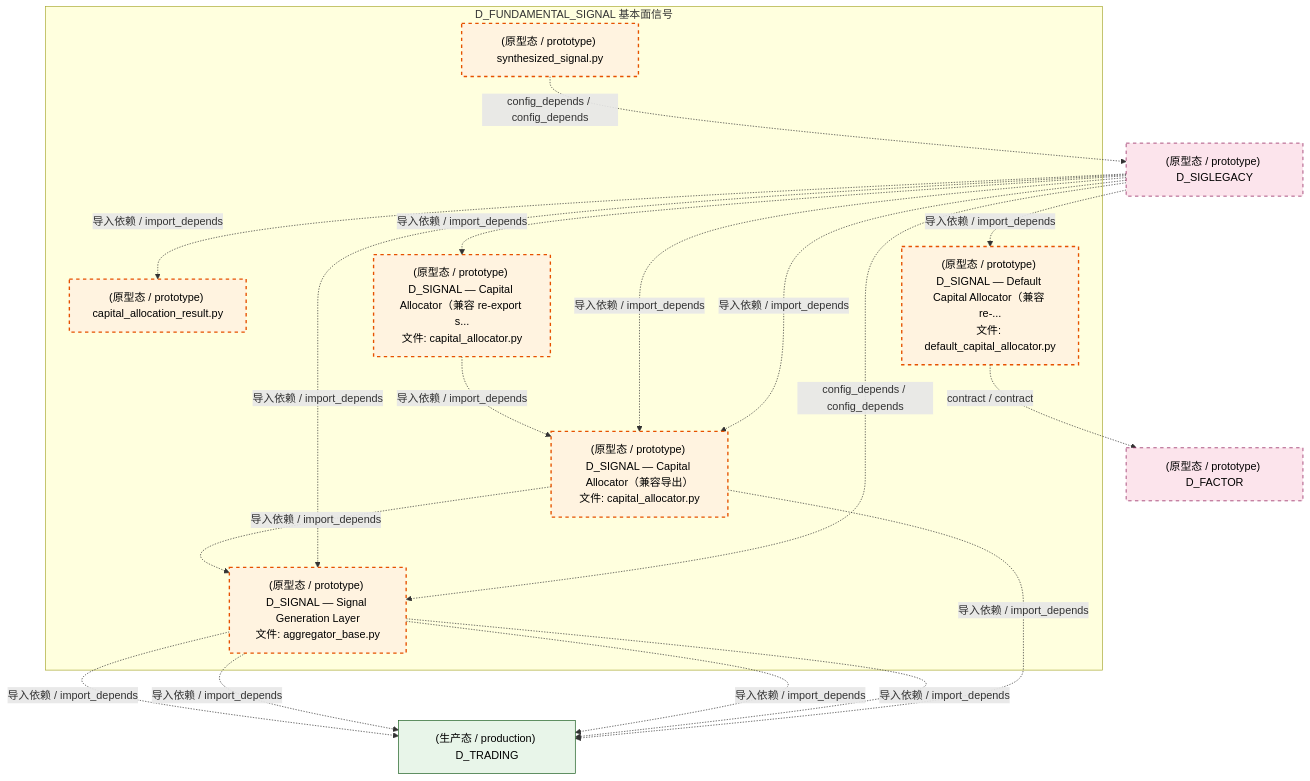
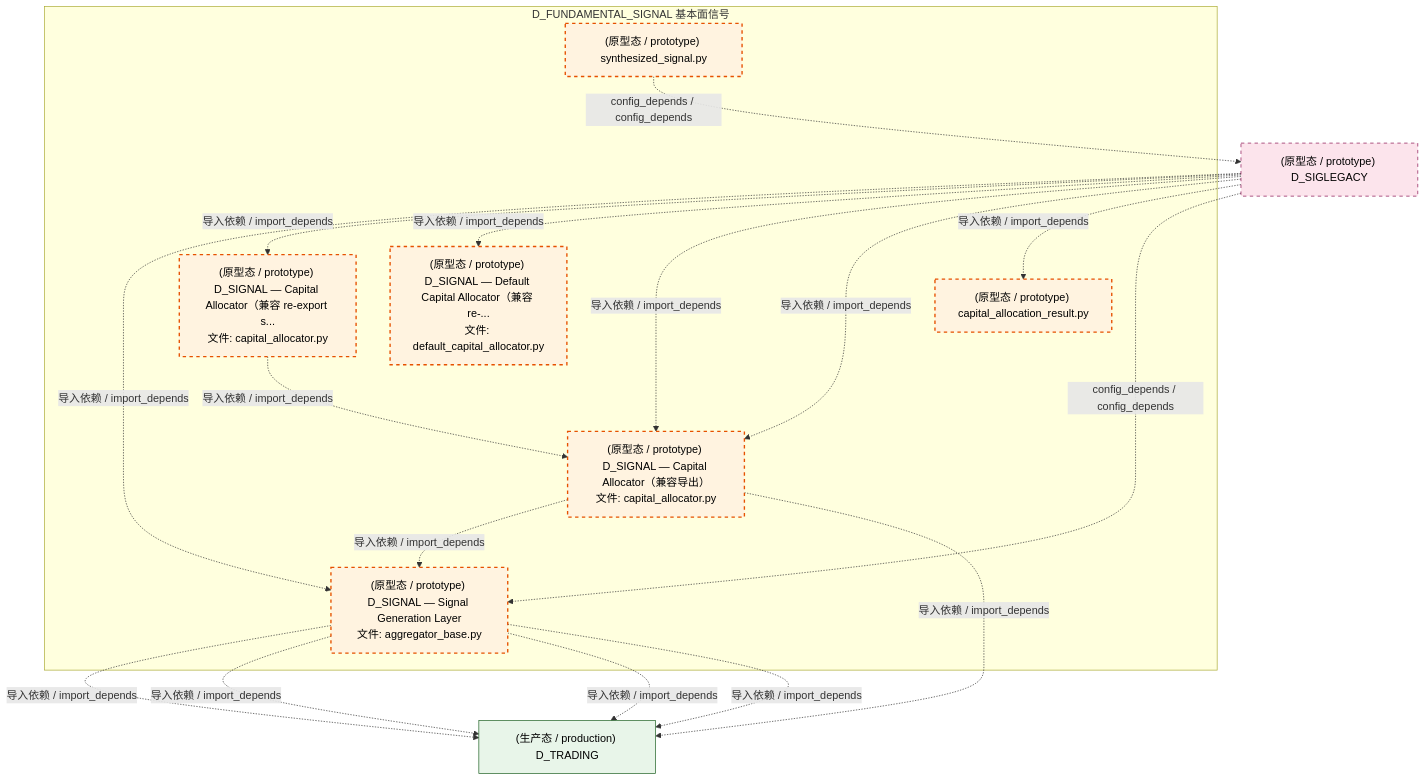
One commit to xuanFelixVan/ZephyrAlpha changed the third of 4 diagrams in docs/02_enterprise_architecture/02_domain_architecture_docs/37_d_fundamental_signal.md. Above: the diagram before and after it, drawn with Mermaid. The commit also changed other lines of this file and 124 other files, not shown here.

````diff
--- a/docs/02_enterprise_architecture/02_domain_architecture_docs/37_d_fundamental_signal.md
+++ b/docs/02_enterprise_architecture/02_domain_architecture_docs/37_d_fundamental_signal.md
@@ -179,37 +177,35 @@
 ```mermaid
 graph TD
     subgraph D_FUNDAMENTAL_SIGNAL["D_FUNDAMENTAL_SIGNAL 基本面信号"]
         src_zephyr_signal_fundamental_capital_capital_allocation_result_py["(原型态 / prototype) capital_allocation_result.py"]
         src_zephyr_signal_fundamental_capital_capital_allocator_py["(原型态 / prototype) D_SIGNAL — Capital Allocator（兼容 re-export s...<br/>文件: capital_allocator.py"]
         src_zephyr_signal_fundamental_capital_default_capital_allocator_py["(原型态 / prototype) D_SIGNAL — Default Capital Allocator（兼容 re-...<br/>文件: default_capital_allocator.py"]
         src_zephyr_signal_fundamental_combiner_synthesized_signal_py["(原型态 / prototype) synthesized_signal.py"]
         src_zephyr_signal_fundamental_gen_aggregator_base_py["(原型态 / prototype) D_SIGNAL — Signal Generation Layer<br/>文件: aggregator_base.py"]
         src_zephyr_signal_fundamental_strategy_capital_allocator_py["(原型态 / prototype) D_SIGNAL — Capital Allocator（兼容导出）<br/>文件: capital_allocator.py"]
     end
     src_zephyr_signal_fundamental_capital_capital_allocator_py -.->|导入依赖 / import_depends| src_zephyr_signal_fundamental_strategy_capital_allocator_py
     src_zephyr_signal_fundamental_strategy_capital_allocator_py -.->|导入依赖 / import_depends| src_zephyr_signal_fundamental_gen_aggregator_base_py
-    D_FACTOR["(原型态 / prototype) D_FACTOR"]
-    src_zephyr_signal_fundamental_capital_default_capital_allocator_py -.->|contract / contract| D_FACTOR
+    D_SIGLEGACY["(原型态 / prototype) D_SIGLEGACY"]
+    src_zephyr_signal_fundamental_combiner_synthesized_signal_py -.->|config_depends / config_depends| D_SIGLEGACY
     D_TRADING["(生产态 / production) D_TRADING"]
     src_zephyr_signal_fundamental_gen_aggregator_base_py -.->|导入依赖 / import_depends| D_TRADING
     src_zephyr_signal_fundamental_gen_aggregator_base_py -.->|导入依赖 / import_depends| D_TRADING
     src_zephyr_signal_fundamental_gen_aggregator_base_py -.->|导入依赖 / import_depends| D_TRADING
     src_zephyr_signal_fundamental_gen_aggregator_base_py -.->|导入依赖 / import_depends| D_TRADING
-    D_SIGLEGACY["(原型态 / prototype) D_SIGLEGACY"]
-    src_zephyr_signal_fundamental_combiner_synthesized_signal_py -.->|config_depends / config_depends| D_SIGLEGACY
     src_zephyr_signal_fundamental_strategy_capital_allocator_py -.->|导入依赖 / import_depends| D_TRADING
-    D_SIGLEGACY -.->|导入依赖 / import_depends| src_zephyr_signal_fundamental_capital_capital_allocation_result_py
+    D_SIGLEGACY -.->|导入依赖 / import_depends| src_zephyr_signal_fundamental_gen_aggregator_base_py
     D_SIGLEGACY -.->|导入依赖 / import_depends| src_zephyr_signal_fundamental_capital_capital_allocator_py
     D_SIGLEGACY -.->|导入依赖 / import_depends| src_zephyr_signal_fundamental_capital_default_capital_allocator_py
-    D_SIGLEGACY -.->|导入依赖 / import_depends| src_zephyr_signal_fundamental_gen_aggregator_base_py
     D_SIGLEGACY -.->|导入依赖 / import_depends| src_zephyr_signal_fundamental_strategy_capital_allocator_py
     D_SIGLEGACY -.->|导入依赖 / import_depends| src_zephyr_signal_fundamental_strategy_capital_allocator_py
+    D_SIGLEGACY -.->|导入依赖 / import_depends| src_zephyr_signal_fundamental_capital_capital_allocation_result_py
     D_SIGLEGACY -.->|config_depends / config_depends| src_zephyr_signal_fundamental_gen_aggregator_base_py
     classDef production fill:#e1f5fe,stroke:#01579b,stroke-width:2px,color:#000
     classDef design fill:#fff3e0,stroke:#e65100,stroke-width:2px,color:#000,stroke-dasharray: 5 5
     classDef external_prod fill:#e8f5e9,stroke:#1b5e20,stroke-width:1px,color:#000
     classDef external_design fill:#fce4ec,stroke:#880e4f,stroke-width:1px,color:#000,stroke-dasharray: 5 5
     class src_zephyr_signal_fundamental_capital_capital_allocation_result_py,src_zephyr_signal_fundamental_capital_capital_allocator_py,src_zephyr_signal_fundamental_capital_default_capital_allocator_py,src_zephyr_signal_fundamental_combiner_synthesized_signal_py,src_zephyr_signal_fundamental_gen_aggregator_base_py,src_zephyr_signal_fundamental_strategy_capital_allocator_py design
     class D_TRADING external_prod
-    class D_FACTOR,D_SIGLEGACY external_design
+    class D_SIGLEGACY external_design
 ```
````
